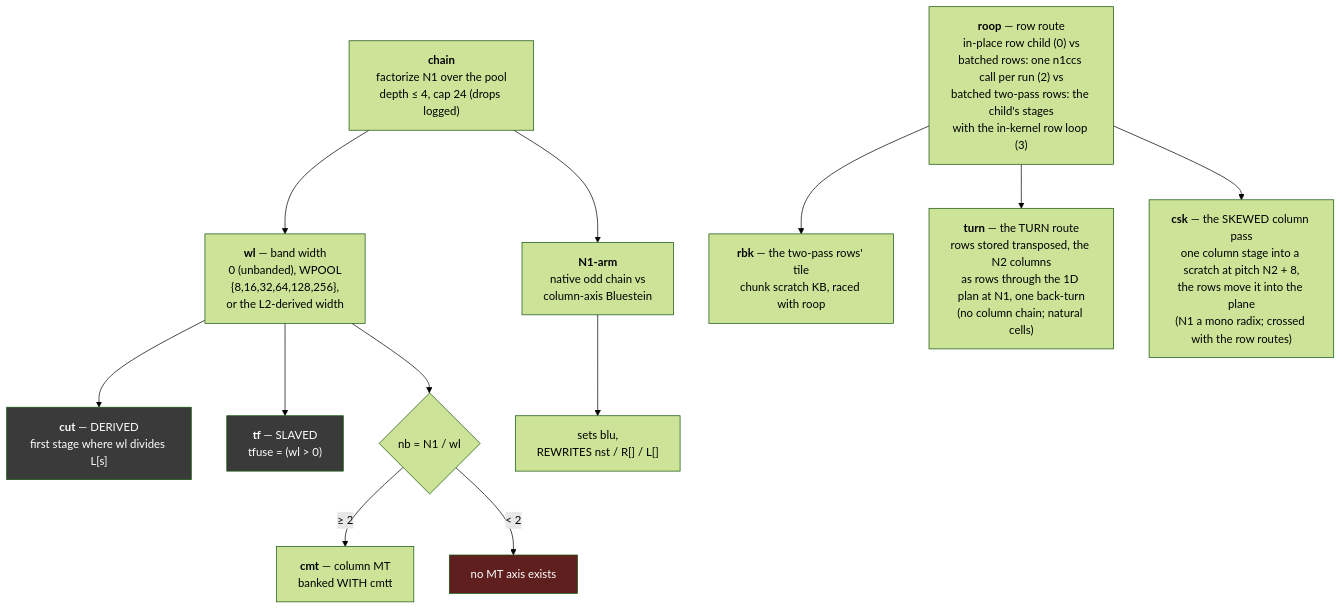
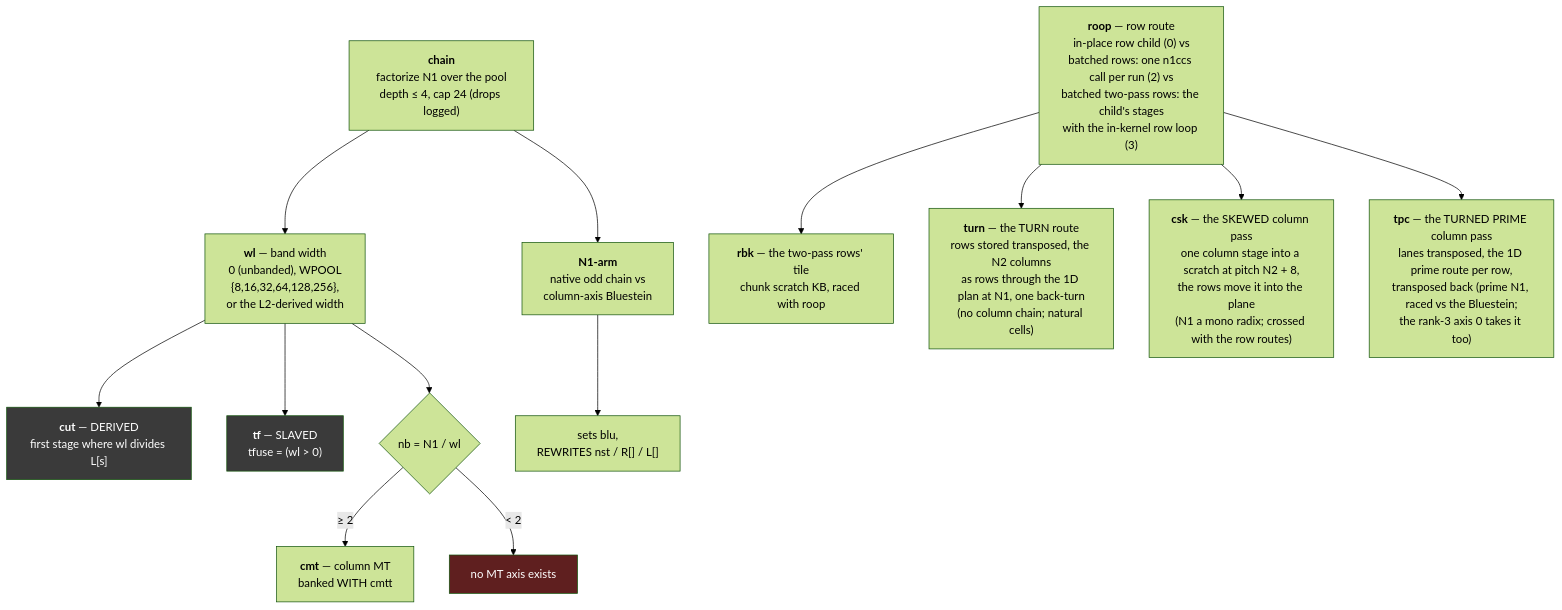
The eighth of 14 diagrams in docs/design/planning_model.md (Tugbars/VectorFFT), drawn with Mermaid (forest theme) before and after one commit. The commit also changed other lines of this file and 67 other files, not shown here.

````diff
--- a/docs/design/planning_model.md
+++ b/docs/design/planning_model.md
@@ -648,19 +648,20 @@
 ```mermaid
 flowchart TD
     CH["<b>chain</b><br/>factorize N1 over the pool<br/>depth &le; 4, cap 24 (drops logged)"] --> WL["<b>wl</b> — band width<br/>0 (unbanded), WPOOL<br/>{8,16,32,64,128,256},<br/>or the L2-derived width"]
     WL --> CUT["<b>cut</b> — DERIVED<br/>first stage where wl divides L[s]"]
     WL --> TF["<b>tf</b> — SLAVED<br/>tfuse = (wl &gt; 0)"]
     WL --> NB{"nb = N1 / wl"}
     NB -->|"&ge; 2"| CMT["<b>cmt</b> — column MT<br/>banked WITH cmtt"]
     NB -->|"&lt; 2"| NOMT["no MT axis exists"]
     CH --> N1A["<b>N1-arm</b><br/>native odd chain vs<br/>column-axis Bluestein"]
     N1A --> BLU["sets blu,<br/>REWRITES nst / R[] / L[]"]
     ROOP["<b>roop</b> — row route<br/>in-place row child (0) vs<br/>batched rows: one n1ccs call per run (2) vs<br/>batched two-pass rows: the child's stages<br/>with the in-kernel row loop (3)"]
     ROOP --> RBK["<b>rbk</b> — the two-pass rows' tile<br/>chunk scratch KB, raced with roop"]
     ROOP --> TURN["<b>turn</b> — the TURN route<br/>rows stored transposed, the N2 columns<br/>as rows through the 1D plan at N1, one back-turn<br/>(no column chain; natural cells)"]
     ROOP --> CSK["<b>csk</b> — the SKEWED column pass<br/>one column stage into a scratch at pitch N2 + 8,<br/>the rows move it into the plane<br/>(N1 a mono radix; crossed with the row routes)"]
+    ROOP --> TPC["<b>tpc</b> — the TURNED PRIME column pass<br/>lanes transposed, the 1D prime route per row,<br/>transposed back (prime N1, raced vs the Bluestein;<br/>the rank-3 axis 0 takes it too)"]
 
     style NOMT fill:#5f1f1f,color:#fff
     style CUT fill:#3a3a3a,color:#fff
     style TF fill:#3a3a3a,color:#fff
 ```
````
